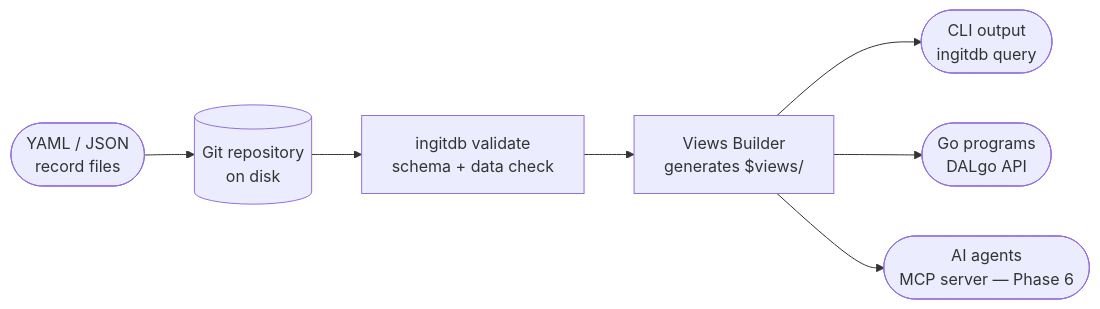
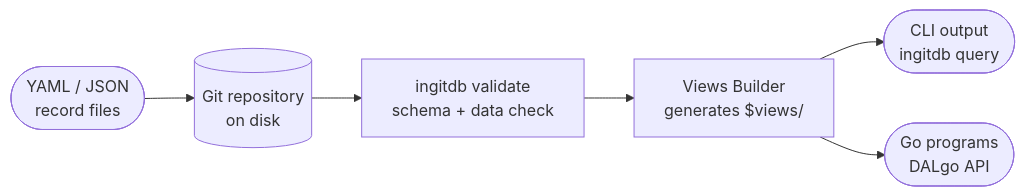
The diagram in README.md (ingitdb/ingitdb-cli), drawn with Mermaid before and after one commit. The commit also changed other lines of this file and 43 other files, not shown here.

````diff
--- a/README.md
+++ b/README.md
@@ -37,9 +35,8 @@
 ```mermaid
 flowchart LR
     A([YAML / JSON\nrecord files]) --> B[(Git repository\non disk)]
     B --> C[ingitdb validate\nschema + data check]
     C --> D[Views Builder\ngenerates $views/]
     D --> E([CLI output\ningitdb query])
     D --> F([Go programs\nDALgo API])
-    D --> G([AI agents\nMCP server — Phase 6])
 ```
````
